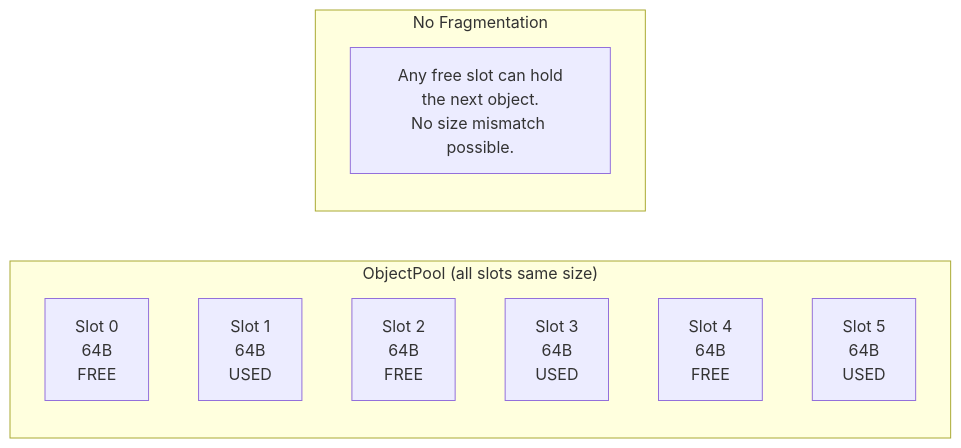
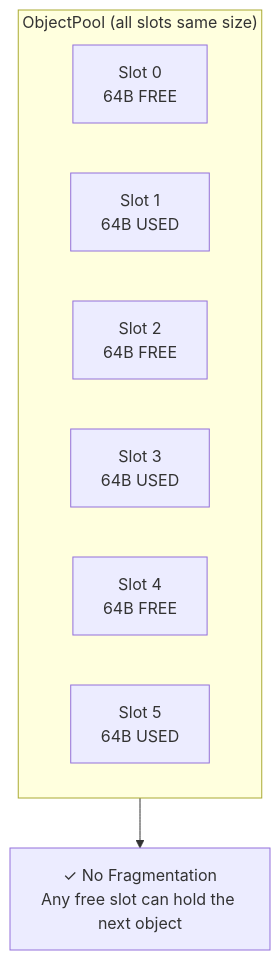
Before and after one commit to schroedermatthew/FatP: the sixth of 14 diagrams in Documentation/Object Pool/Companion Guide - ObjectPool.md, drawn with Mermaid. The commit also changed other lines of this file, not shown here.

Commit message:
Fix Mermaid Diagram

````diff
--- a/Documentation/Object Pool/Companion Guide - ObjectPool.md
+++ b/Documentation/Object Pool/Companion Guide - ObjectPool.md
@@ -547,15 +539,14 @@
 ```mermaid
-flowchart LR
+flowchart TD
     subgraph Pool["ObjectPool (all slots same size)"]
-        S0["Slot 0<br/>64B<br/>FREE"]
-        S1["Slot 1<br/>64B<br/>USED"]
-        S2["Slot 2<br/>64B<br/>FREE"]
-        S3["Slot 3<br/>64B<br/>USED"]
-        S4["Slot 4<br/>64B<br/>FREE"]
-        S5["Slot 5<br/>64B<br/>USED"]
+        direction LR
+        S0["Slot 0<br/>64B FREE"]
+        S1["Slot 1<br/>64B USED"]
+        S2["Slot 2<br/>64B FREE"]
+        S3["Slot 3<br/>64B USED"]
+        S4["Slot 4<br/>64B FREE"]
+        S5["Slot 5<br/>64B USED"]
     end
     
-    subgraph NoFragmentation["No Fragmentation"]
-        Q2["Any free slot can hold<br/>the next object.<br/>No size mismatch possible."]
-    end
+    Pool --> Result["✓ No Fragmentation<br/>Any free slot can hold the next object"]
 ```
````
